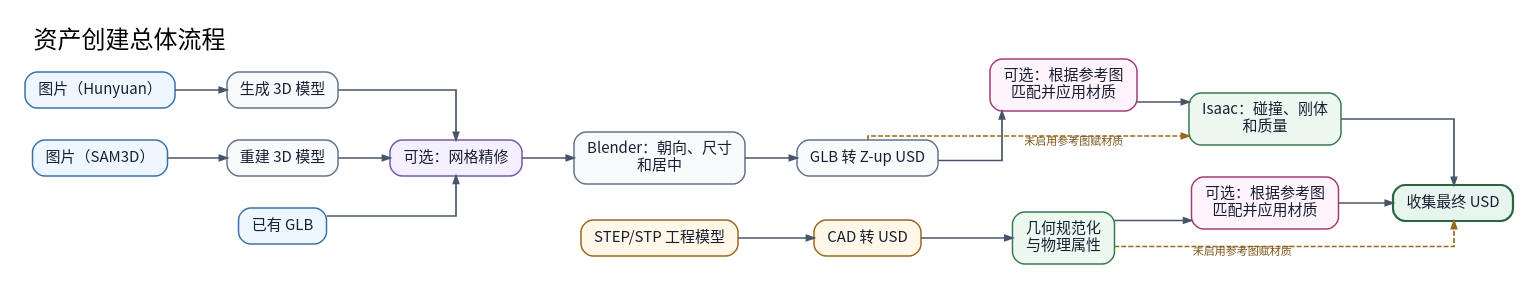
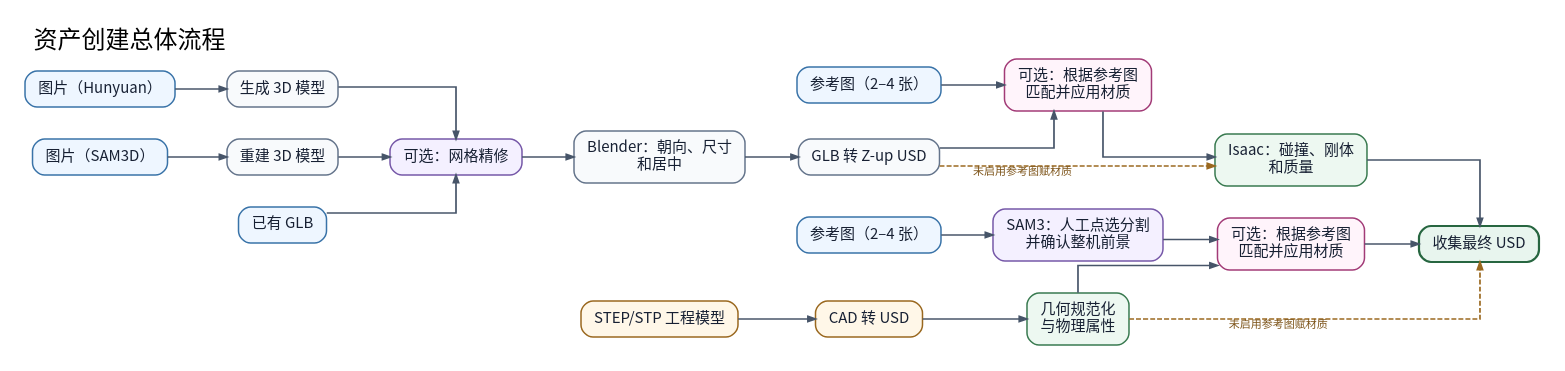
One commit to xia13111-coder/hunyuan_creation_pipeline changed the diagram in docs/assets/diagrams/pipeline-flow.zh.dot. Above: the diagram before and after it, drawn with Graphviz. The commit also changed 53 other files, not shown here.

```diff
--- a/docs/assets/diagrams/pipeline-flow.zh.dot
+++ b/docs/assets/diagrams/pipeline-flow.zh.dot
@@ -1,57 +1,62 @@
 digraph asset_pipeline {
   graph [
     rankdir=LR,
     bgcolor="white",
     fontname="Noto Sans CJK SC",
     label="资产创建总体流程",
     labelloc=t,
     labeljust=l,
     fontsize=24,
     nodesep=0.45,
     ranksep=0.72,
     pad=0.25,
     splines=ortho
   ];
   node [
     shape=box,
     style="rounded,filled",
     color="#64748b",
     fillcolor="#f8fafc",
     fontcolor="#172033",
     fontname="Noto Sans CJK SC",
     fontsize=15,
     penwidth=1.5,
     margin="0.18,0.12"
   ];
   edge [color="#475569", penwidth=1.7, arrowsize=0.75];
 
   h [label="图片（Hunyuan）", fillcolor="#eef6ff", color="#3973a8"];
   hg [label="生成 3D 模型"];
   s [label="图片（SAM3D）", fillcolor="#eef6ff", color="#3973a8"];
   sg [label="重建 3D 模型"];
   e [label="已有 GLB", fillcolor="#eef6ff", color="#3973a8"];
   r [label="可选：网格精修", fillcolor="#f4f0ff", color="#7658a8"];
   b [label="Blender：朝向、尺寸\n和居中"];
   u [label="GLB 转 Z-up USD"];
+  gvi [label="参考图（2–4 张）", fillcolor="#eef6ff", color="#3973a8"];
   gv [label="可选：根据参考图\n匹配并应用材质", fillcolor="#fff4fb", color="#a23b77"];
 
   c [label="STEP/STP 工程模型", fillcolor="#fff7e8", color="#9a681f"];
   cu [label="CAD 转 USD", fillcolor="#fff7e8", color="#9a681f"];
   cp [label="几何规范化\n与物理属性", fillcolor="#edf8f1", color="#397a50"];
+  vi [label="参考图（2–4 张）", fillcolor="#eef6ff", color="#3973a8"];
+  sm [label="SAM3：人工点选分割\n并确认整机前景", fillcolor="#f4f0ff", color="#7658a8"];
   cv [label="可选：根据参考图\n匹配并应用材质", fillcolor="#fff4fb", color="#a23b77"];
 
   p [label="Isaac：碰撞、刚体\n和质量", fillcolor="#edf8f1", color="#397a50"];
   f [label="收集最终 USD", fillcolor="#e8f5ee", color="#276640", penwidth=2.2];
 
   h -> hg -> r;
   s -> sg -> r;
   e -> r;
   r -> b -> u -> gv -> p;
+  gvi -> gv;
   u -> p [style=dashed, color="#9a681f", fontcolor="#7c5318", fontsize=11,
            xlabel="未启用参考图赋材质"];
 
   c -> cu -> cp -> cv -> f;
+  vi -> sm -> cv;
   cp -> f [style=dashed, color="#9a681f", fontcolor="#7c5318", fontsize=11,
             xlabel="未启用参考图赋材质"];
   p -> f;
 }
```
